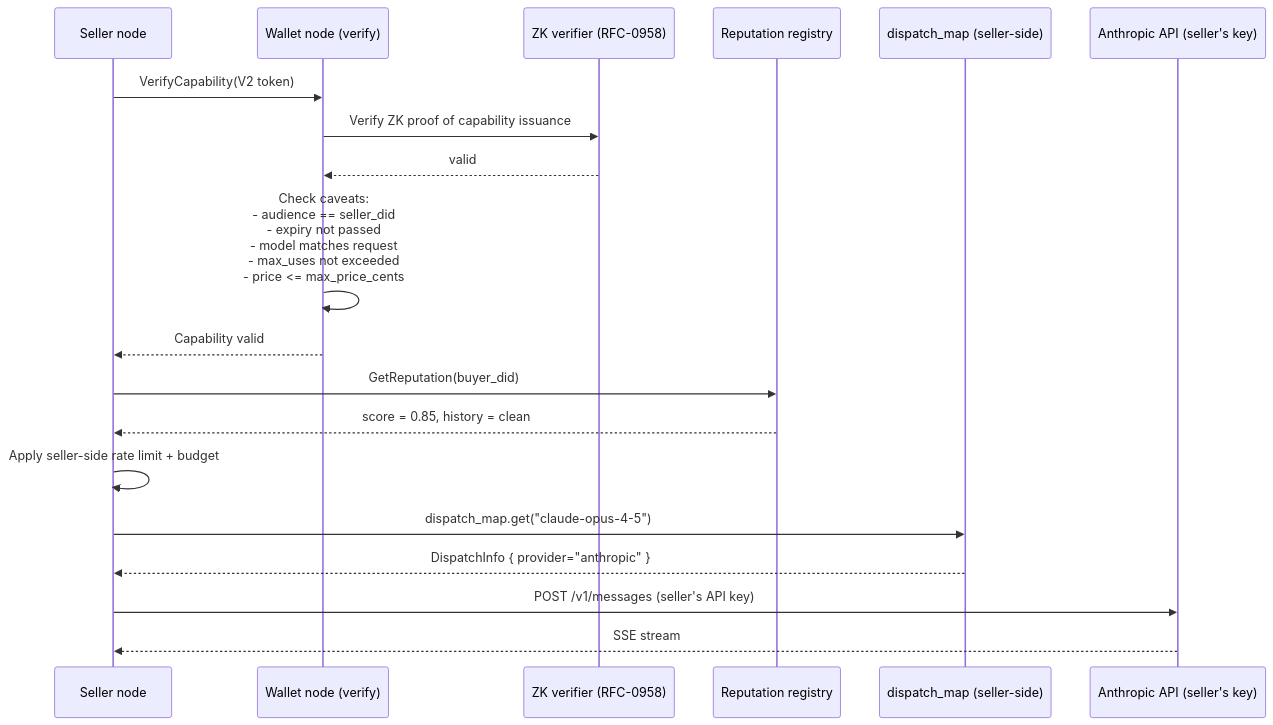
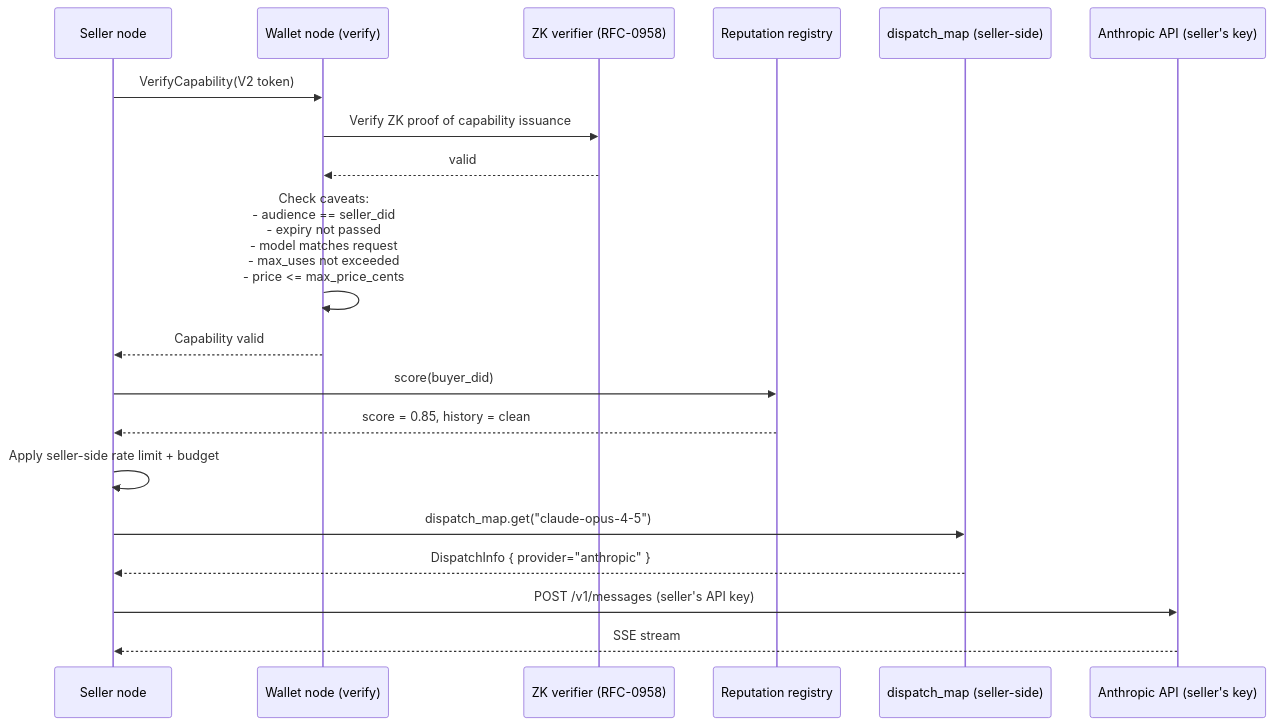
The ninth of 14 diagrams in docs/architecture/end-to-end-scenarios.md (CipherOcto/cipherocto), drawn with Mermaid before and after one commit. The commit also changed other lines of this file, not shown here.

````diff
--- a/docs/architecture/end-to-end-scenarios.md
+++ b/docs/architecture/end-to-end-scenarios.md
@@ -389,22 +388,22 @@
 ```mermaid
 sequenceDiagram
     participant SN as Seller node
     participant W as Wallet node (verify)
     participant ZK as ZK verifier (RFC-0958)
     participant RR as Reputation registry
     participant DP as dispatch_map (seller-side)
     participant ANT as Anthropic API (seller's key)
 
     SN->>W: VerifyCapability(V2 token)
     W->>ZK: Verify ZK proof of capability issuance
     ZK-->>W: valid
     W->>W: Check caveats:<br/>  - audience == seller_did<br/>  - expiry not passed<br/>  - model matches request<br/>  - max_uses not exceeded<br/>  - price <= max_price_cents
     W-->>SN: Capability valid
-    SN->>RR: GetReputation(buyer_did)
+    SN->>RR: score(buyer_did)
     RR-->>SN: score = 0.85, history = clean
     SN->>SN: Apply seller-side rate limit + budget
     SN->>DP: dispatch_map.get("claude-opus-4-5")
     DP-->>SN: DispatchInfo { provider="anthropic" }
     SN->>ANT: POST /v1/messages (seller's API key)
     ANT-->>SN: SSE stream
 ```
````
